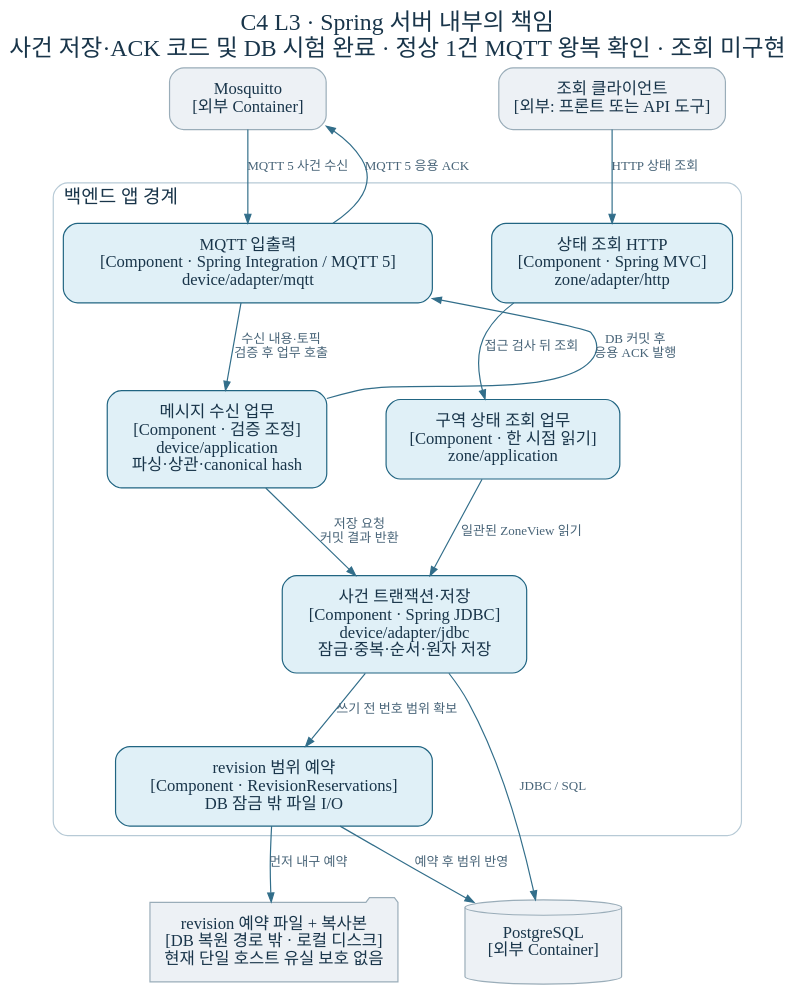
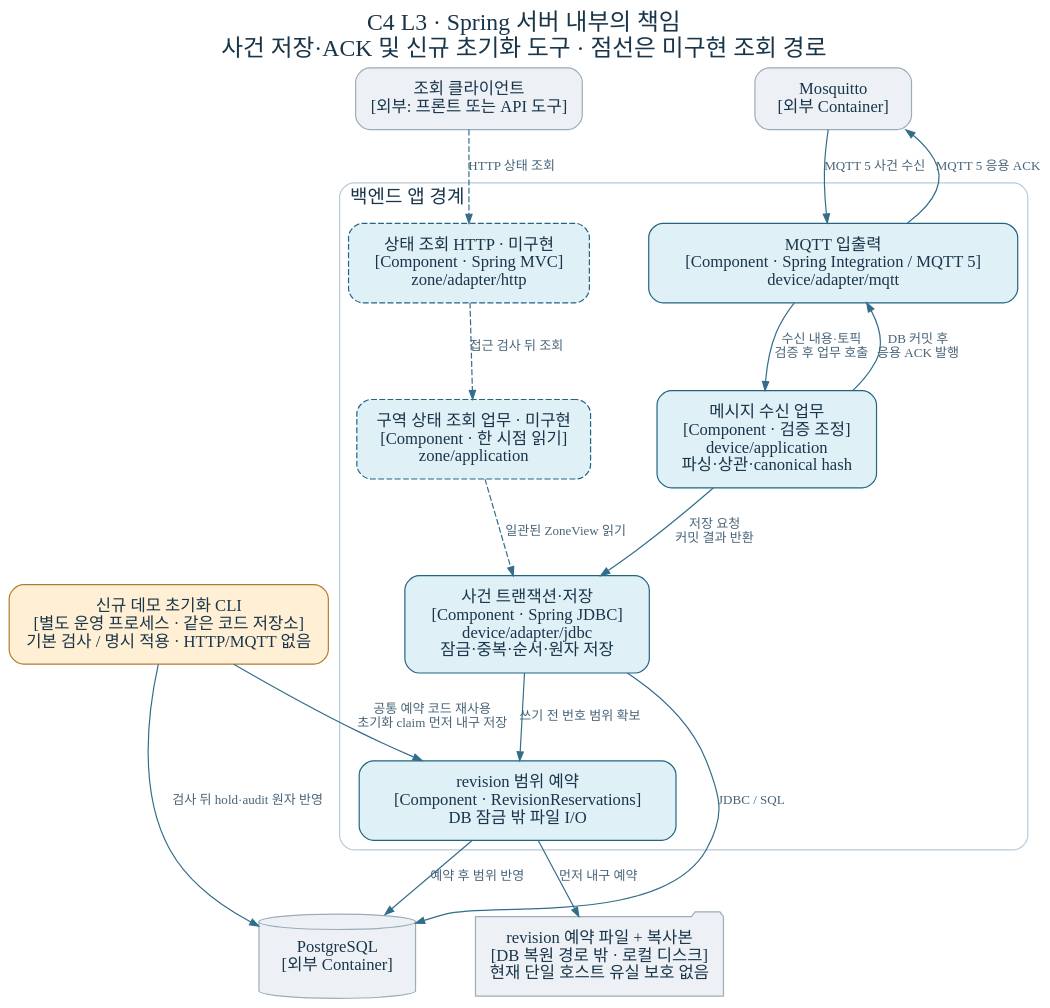
Before and after one commit to yh4752/illegal-parking-detection: the diagram in docs/diagrams/03-components.dot, drawn with Graphviz. The commit also changed 32 other files, not shown here.

```diff
--- a/docs/diagrams/03-components.dot
+++ b/docs/diagrams/03-components.dot
@@ -1,33 +1,36 @@
 digraph Components {
-  graph [rankdir=TB, bgcolor="transparent", pad="0.4", nodesep="0.7", ranksep="0.7", fontname="Apple SD Gothic Neo", label="C4 L3 · Spring 서버 내부의 책임\n사건 저장·ACK 코드 및 DB 시험 완료 · 정상 1건 MQTT 왕복 확인 · 조회 미구현", labelloc=t, fontsize=20, fontcolor="#19354a"];
+  graph [rankdir=TB, bgcolor="transparent", pad="0.4", nodesep="0.7", ranksep="0.7", fontname="Apple SD Gothic Neo", label="C4 L3 · Spring 서버 내부의 책임\n사건 저장·ACK 및 신규 초기화 도구 · 점선은 미구현 조회 경로", labelloc=t, fontsize=20, fontcolor="#19354a"];
   node [shape=box, style="rounded,filled", fontname="Apple SD Gothic Neo", fontsize=14, margin="0.2,0.15", color="#216582", fillcolor="#e0f0f7", fontcolor="#19354a"];
   edge [fontname="Apple SD Gothic Neo", fontsize=11, color="#326e8a", fontcolor="#486478", arrowsize=0.75];
   broker [label="Mosquitto\n[외부 Container]", fillcolor="#edf1f5", color="#9aadb9"];
   client [label="조회 클라이언트\n[외부: 프론트 또는 API 도구]", fillcolor="#edf1f5", color="#9aadb9"];
   db [shape=cylinder, label="PostgreSQL\n[외부 Container]", fillcolor="#edf1f5", color="#9aadb9"];
   manifest [shape=folder, label="revision 예약 파일 + 복사본\n[DB 복원 경로 밖 · 로컬 디스크]\n현재 단일 호스트 유실 보호 없음", fillcolor="#edf1f5", color="#9aadb9"];
+  initcli [label="신규 데모 초기화 CLI\n[별도 운영 프로세스 · 같은 코드 저장소]\n기본 검사 / 명시 적용 · HTTP/MQTT 없음", fillcolor="#fff0d5", color="#af7c2f"];
   {rank=same;broker;client;}
   subgraph cluster_backend {
     label="백엔드 앱 경계"; labeljust=l; color="#b7cad6"; style=rounded; fontsize=16;
     mqtt [label="MQTT 입출력\n[Component · Spring Integration / MQTT 5]\ndevice/adapter/mqtt"];
-    api [label="상태 조회 HTTP\n[Component · Spring MVC]\nzone/adapter/http"];
+    api [label="상태 조회 HTTP · 미구현\n[Component · Spring MVC]\nzone/adapter/http", style="rounded,filled,dashed"];
     ingest [label="메시지 수신 업무\n[Component · 검증 조정]\ndevice/application\n파싱·상관·canonical hash"];
-    query [label="구역 상태 조회 업무\n[Component · 한 시점 읽기]\nzone/application"];
+    query [label="구역 상태 조회 업무 · 미구현\n[Component · 한 시점 읽기]\nzone/application", style="rounded,filled,dashed"];
     repo [label="사건 트랜잭션·저장\n[Component · Spring JDBC]\ndevice/adapter/jdbc\n잠금·중복·순서·원자 저장"];
     reservation [label="revision 범위 예약\n[Component · RevisionReservations]\nDB 잠금 밖 파일 I/O"];
     {rank=same;mqtt;api;}
     {rank=same;ingest;query;}
     mqtt -> ingest [label="수신 내용·토픽\n검증 후 업무 호출"];
     ingest -> mqtt [label="DB 커밋 후\n응용 ACK 발행", constraint=false];
-    api -> query [label="접근 검사 뒤 조회"];
+    api -> query [label="접근 검사 뒤 조회", style=dashed];
     ingest -> repo [label="저장 요청\n커밋 결과 반환"];
     repo -> reservation [label="쓰기 전 번호 범위 확보"];
-    query -> repo [label="일관된 ZoneView 읽기"];
+    query -> repo [label="일관된 ZoneView 읽기", style=dashed];
   }
   broker -> mqtt [label="MQTT 5 사건 수신"];
   mqtt -> broker [label="MQTT 5 응용 ACK", constraint=false];
-  client -> api [label="HTTP 상태 조회"];
+  client -> api [label="HTTP 상태 조회", style=dashed];
   repo -> db [label="JDBC / SQL"];
   reservation -> manifest [label="먼저 내구 예약"];
   reservation -> db [label="예약 후 범위 반영"];
+  initcli -> reservation [label="공통 예약 코드 재사용\n초기화 claim 먼저 내구 저장"];
+  initcli -> db [label="검사 뒤 hold·audit 원자 반영"];
 }
```
